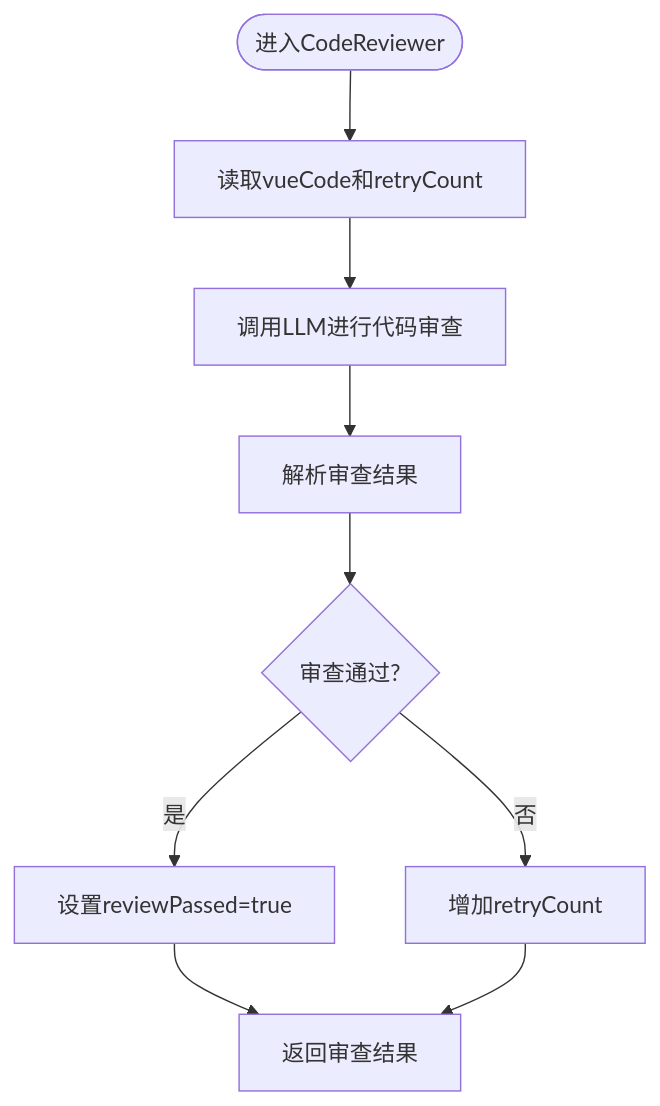
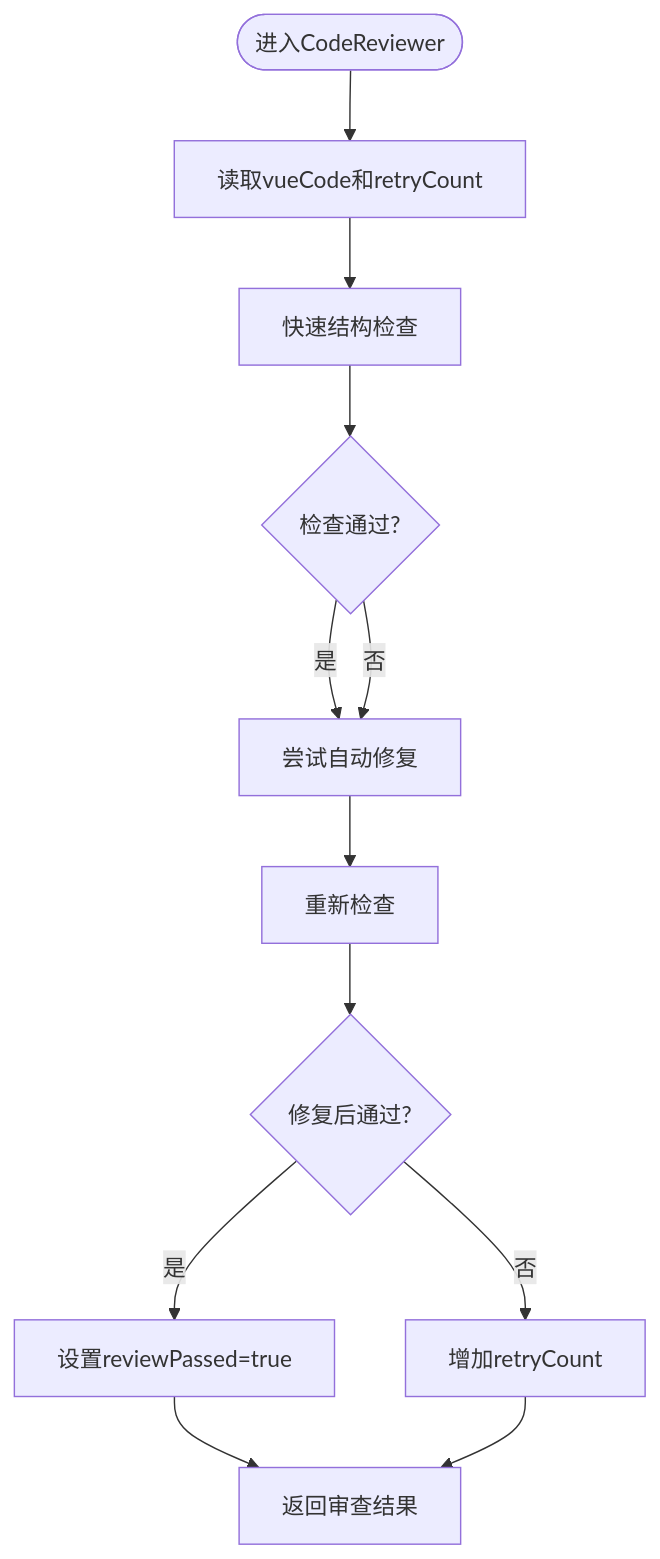
Before and after one commit to CyanYuKi/WebSiteFrontendCodeMother: diagram 14 of 16 in .qoder/repowiki/zh/content/AI工作流系统/AI节点分析/Vue代码生成节点.md, drawn with Mermaid. The commit also changed other lines of this file and 21 other files, not shown here.

````diff
--- a/.qoder/repowiki/zh/content/AI工作流系统/AI节点分析/Vue代码生成节点.md
+++ b/.qoder/repowiki/zh/content/AI工作流系统/AI节点分析/Vue代码生成节点.md
@@ -316,11 +558,14 @@
 ```mermaid
 flowchart TD
 StartCR([进入CodeReviewer]) --> ReadCode["读取vueCode和retryCount"]
-ReadCode --> CallLLM["调用LLM进行代码审查"]
-CallLLM --> ParseResult["解析审查结果"]
-ParseResult --> CheckPass{"审查通过?"}
-CheckPass --> |是| SetPassed["设置reviewPassed=true"]
-CheckPass --> |否| IncRetry["增加retryCount"]
+ReadCode --> FastCheck["快速结构检查"]
+FastCheck --> CheckPass{"检查通过?"}
+CheckPass --> |是| AutoFix["尝试自动修复"]
+CheckPass --> |否| AutoFix
+AutoFix --> ReCheck["重新检查"]
+ReCheck --> CheckPass2{"修复后通过?"}
+CheckPass2 --> |是| SetPassed["设置reviewPassed=true"]
+CheckPass2 --> |否| IncRetry["增加retryCount"]
 SetPassed --> ReturnCR["返回审查结果"]
 IncRetry --> ReturnCR
 ```
````
